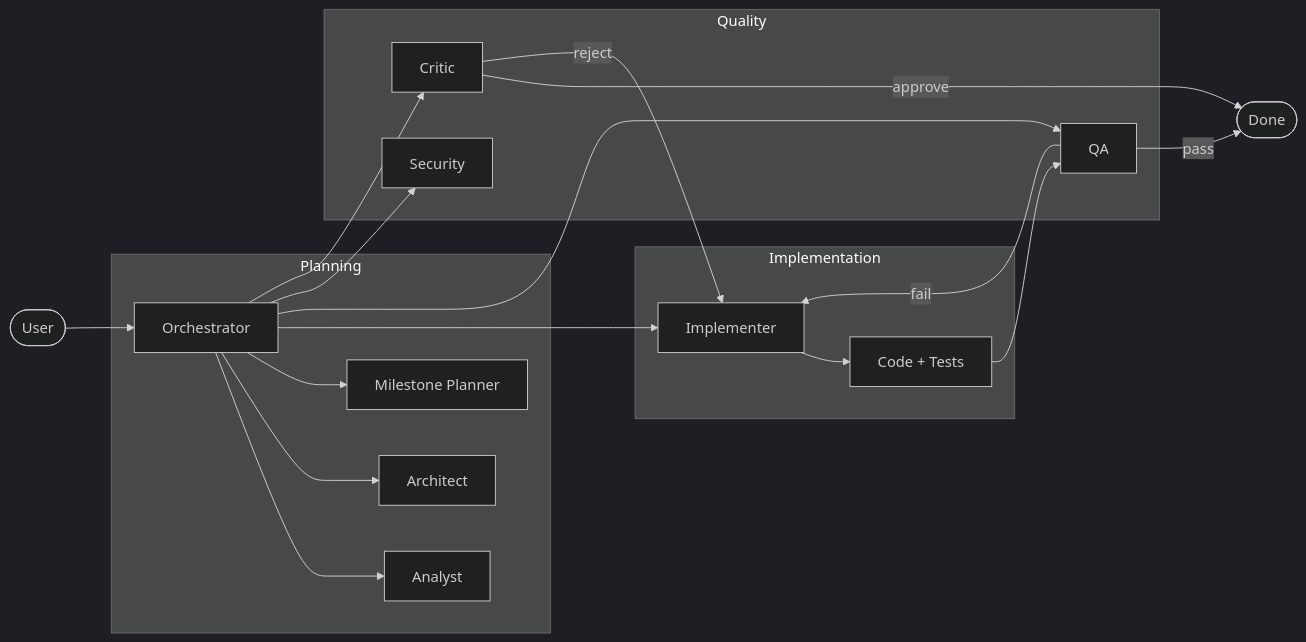
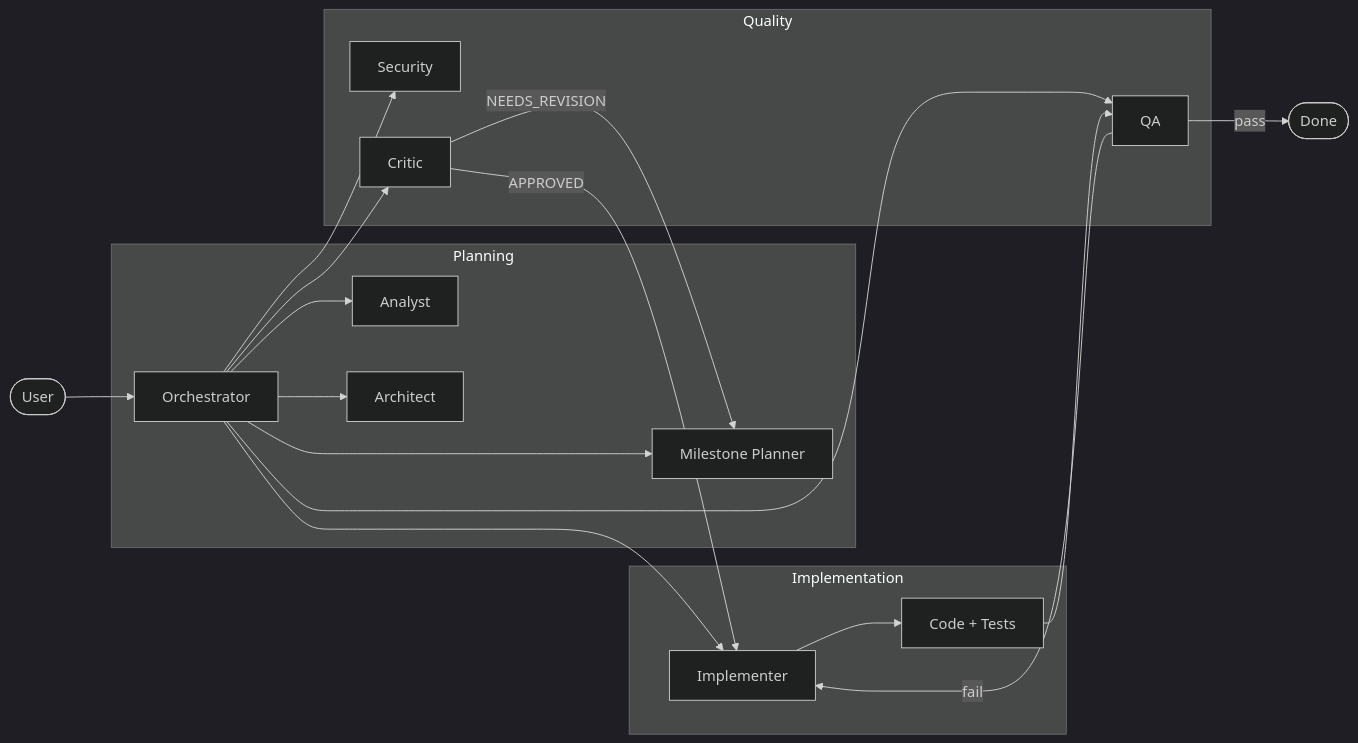
One commit to rjmurillo/ai-agents changed the diagram in README.md. Above: the diagram before and after it, drawn with Mermaid (dark theme). The commit also changed other lines of this file and 2 other files, not shown here.

Commit message:
docs(readme): align workflow diagram and FAQ with review feedback
- diagram routes critic APPROVED to the implementer and NEEDS_REVISION to
  the planner, matching the critic template
- NEEDS_REVISION wording names the agent that produced the plan
- agent ids in the Why list use code spans
- FAQ covers Python below 3.10 and the Windows py launcher

Claude-Session: https://claude.ai/code/session_01GhQWfRdSnYi7Re6eyxvyPk

````diff
--- a/README.md
+++ b/README.md
@@ -378,27 +378,27 @@
 ```mermaid
 flowchart LR
     User([User]) --> Orchestrator
     
     subgraph Planning
         Orchestrator --> Analyst
         Orchestrator --> Architect
         Orchestrator --> Planner[Milestone Planner]
     end
     
     subgraph Implementation
         Orchestrator --> Implementer
         Implementer --> Code[Code + Tests]
     end
     
     subgraph Quality
         Orchestrator --> QA
         Orchestrator --> Security
         Orchestrator --> Critic
     end
     
     Code --> QA
     QA --> |pass| Done([Done])
     QA --> |fail| Implementer
-    Critic --> |approve| Done
-    Critic --> |reject| Implementer
+    Critic --> |APPROVED| Implementer
+    Critic --> |NEEDS_REVISION| Planner
 ```
````
